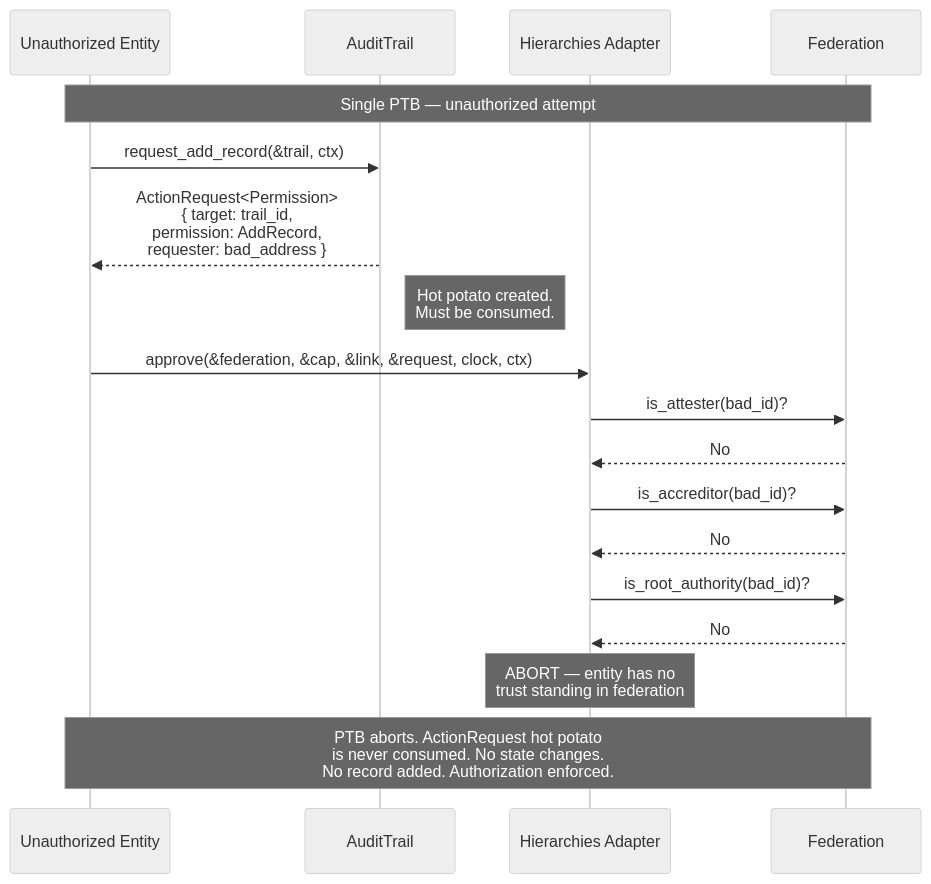
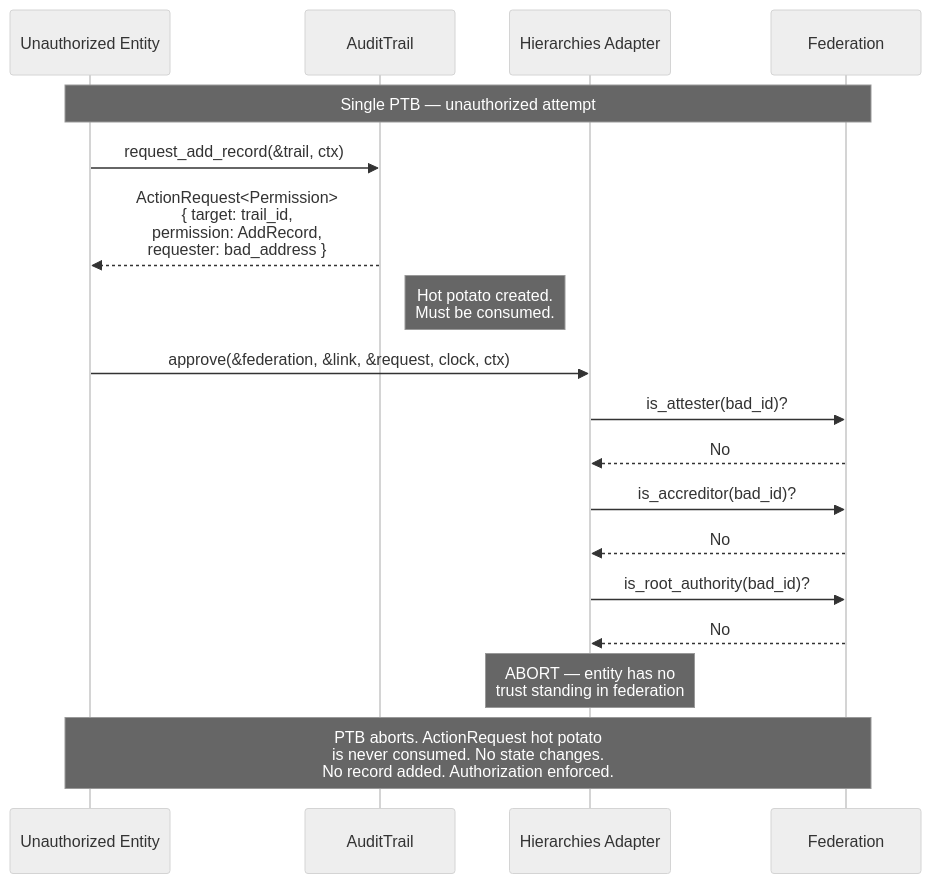
One commit to qrayven/acb changed the tenth of 13 diagrams in resources/access-controller-bridge.md. Above: the diagram before and after it, drawn with Mermaid (neutral theme). The commit also changed other lines of this file, not shown here.

````diff
--- a/resources/access-controller-bridge.md
+++ b/resources/access-controller-bridge.md
@@ -927,25 +1197,25 @@
 ```mermaid
 sequenceDiagram
     participant Bad as Unauthorized Entity
     participant Trail as AuditTrail
     participant Adapter as Hierarchies Adapter
     participant Fed as Federation
 
     Note over Bad,Fed: Single PTB — unauthorized attempt
 
     Bad->>Trail: request_add_record(&trail, ctx)
     Trail-->>Bad: ActionRequest<Permission><br/>{ target: trail_id,<br/>  permission: AddRecord,<br/>  requester: bad_address }
     Note right of Trail: Hot potato created.<br/>Must be consumed.
 
-    Bad->>Adapter: approve(&federation, &cap, &link, &request, clock, ctx)
+    Bad->>Adapter: approve(&federation, &link, &request, clock, ctx)
     Adapter->>Fed: is_attester(bad_id)?
     Fed-->>Adapter: No
     Adapter->>Fed: is_accreditor(bad_id)?
     Fed-->>Adapter: No
     Adapter->>Fed: is_root_authority(bad_id)?
     Fed-->>Adapter: No
 
     Note over Adapter: ABORT — entity has no<br/>trust standing in federation
 
     Note over Bad,Fed: PTB aborts. ActionRequest hot potato<br/>is never consumed. No state changes.<br/>No record added. Authorization enforced.
 ```
````
